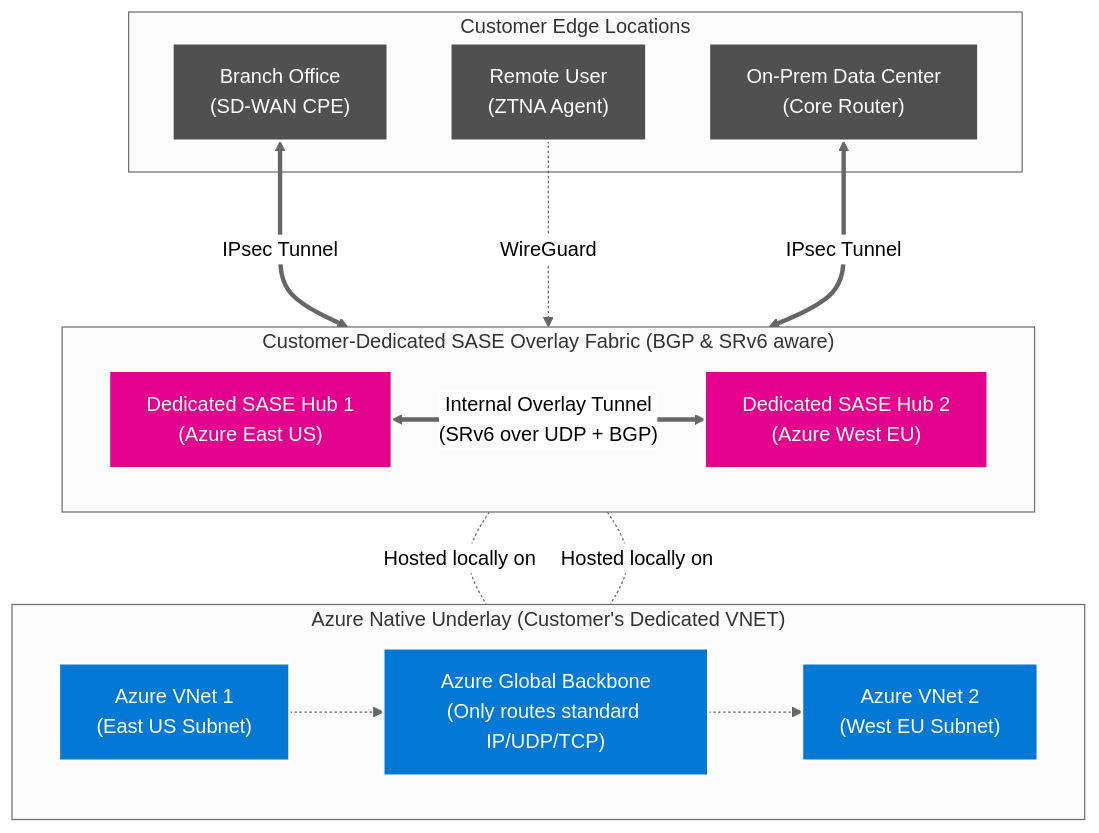
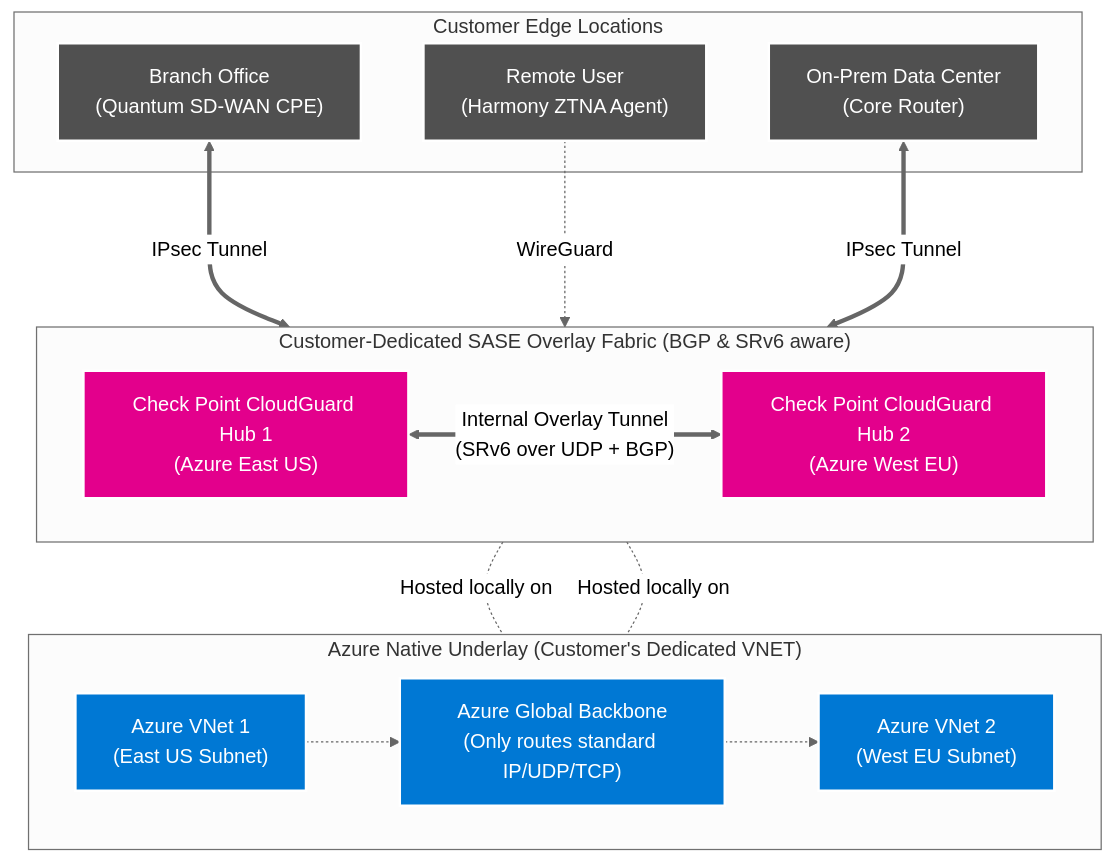
The fourth of 11 diagrams in README.md (roie9876/SASE), drawn with Mermaid (neutral theme) before and after one commit. The commit also changed other lines of this file, not shown here.

Commit message:
Update SASE architecture models to refer directly to Check Point Harmony and CloudGuard product suite

````diff
--- a/README.md
+++ b/README.md
@@ -244,36 +244,36 @@
 ```mermaid
 flowchart TD
     %% Styling
     classDef cloud fill:#0078D4,stroke:#fff,stroke-width:2px,color:#fff
     classDef nva fill:#E3008C,stroke:#fff,stroke-width:2px,color:#fff
     classDef edge fill:#505050,stroke:#fff,stroke-width:2px,color:#fff
 
     subgraph ISV_SASE_Overlay [" Customer-Dedicated SASE Overlay Fabric (BGP & SRv6 aware) "]
         direction LR
-        NVA1["Dedicated SASE Hub 1<br/>(Azure East US)"]:::nva
-        NVA2["Dedicated SASE Hub 2<br/>(Azure West EU)"]:::nva
+        NVA1["Check Point CloudGuard Hub 1<br/>(Azure East US)"]:::nva
+        NVA2["Check Point CloudGuard Hub 2<br/>(Azure West EU)"]:::nva
         
         %% Core overlay connectivity
         NVA1 <== "Internal Overlay Tunnel<br/>(SRv6 over UDP + BGP)" ==> NVA2
     end
     
     subgraph Azure_Transport [" Azure Native Underlay (Customer's Dedicated VNET) "]
         direction LR
         VNet1["Azure VNet 1<br/>(East US Subnet)"]:::cloud -.-> Backbone["Azure Global Backbone<br/>(Only routes standard IP/UDP/TCP)"]:::cloud -.-> VNet2["Azure VNet 2<br/>(West EU Subnet)"]:::cloud
     end
     
     subgraph Customer_Edges [" Customer Edge Locations "]
-        Branch["Branch Office<br/>(SD-WAN CPE)"]:::edge
+        Branch["Branch Office<br/>(Quantum SD-WAN CPE)"]:::edge
         HQ["On-Prem Data Center<br/>(Core Router)"]:::edge
-        User["Remote User<br/>(ZTNA Agent)"]:::edge
+        User["Remote User<br/>(Harmony ZTNA Agent)"]:::edge
     end
     
     %% Edge connections to NVAs
     Branch <== "IPsec Tunnel" ===> NVA1
     User -. "WireGuard" .-> NVA1
     HQ <== "IPsec Tunnel" ===> NVA2
     
     %% NVA hosting relationship
     NVA1 -. "Hosted locally on" .- VNet1
     NVA2 -. "Hosted locally on" .- VNet2
 ```
````
